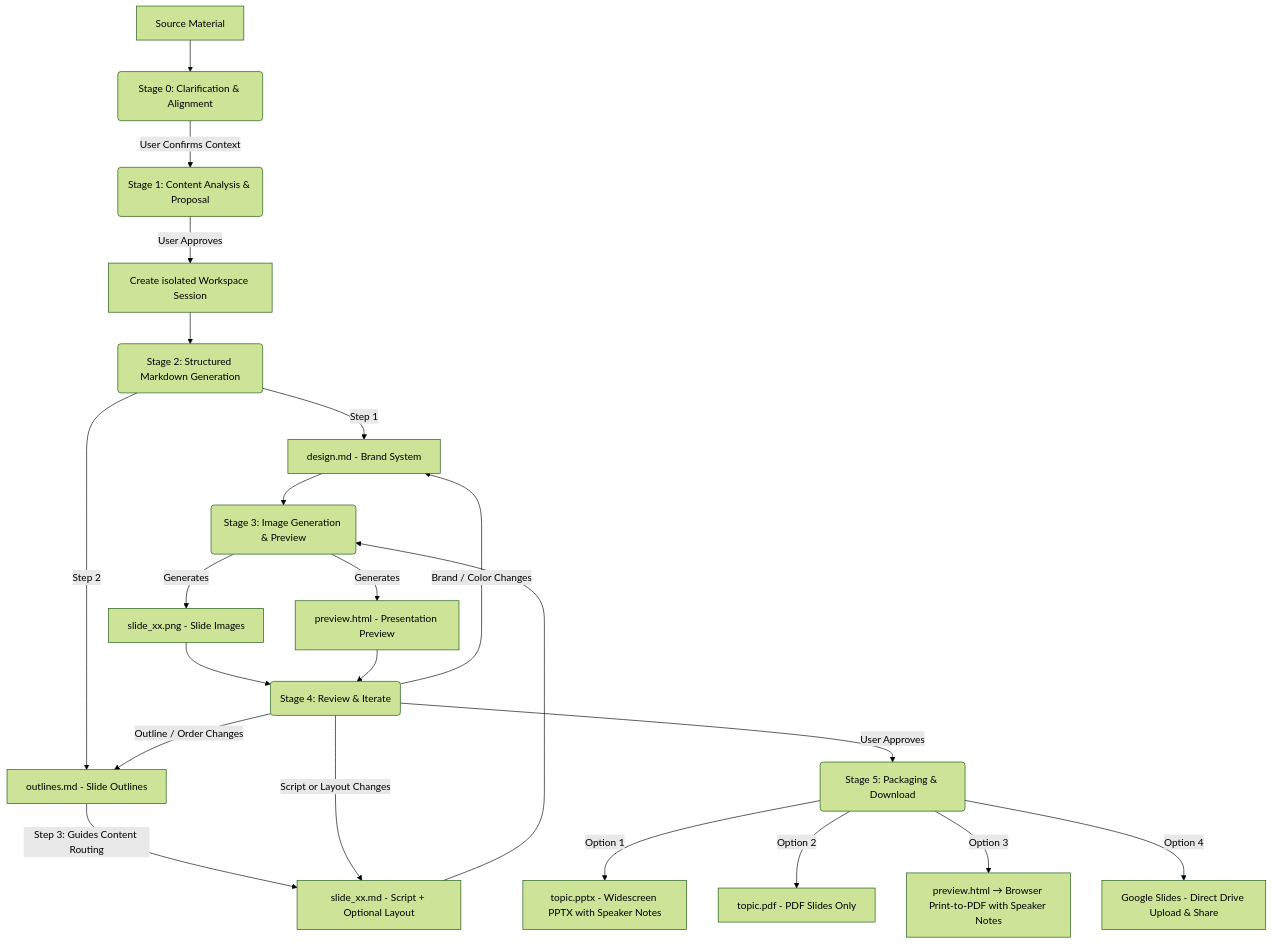
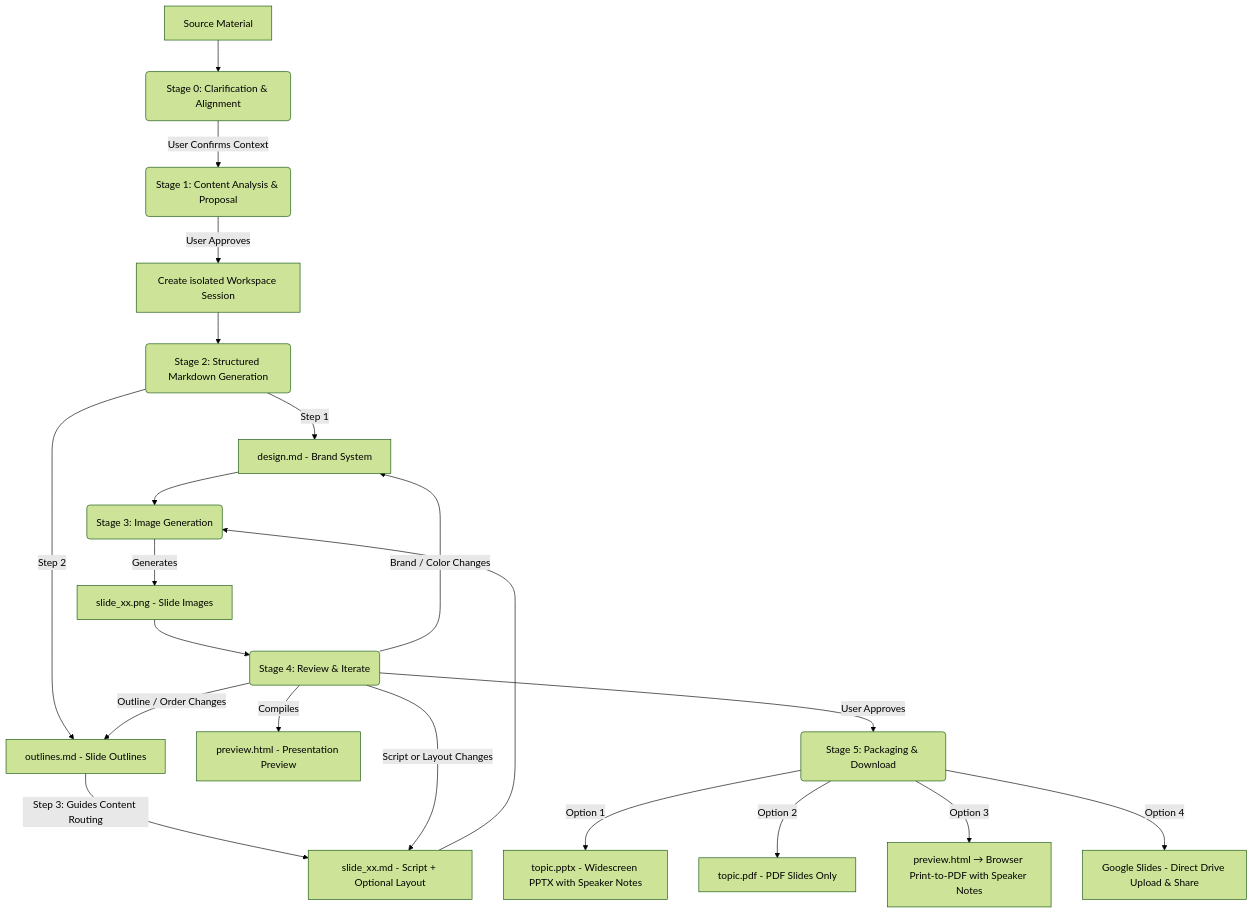
One commit to sylphlin/slide-gen-agent changed the diagram in README.md. Above: the diagram before and after it, drawn with Mermaid (forest theme). The commit also changed other lines of this file and 6 other files, not shown here.

Commit message:
refactor: move slide preview generation from Stage 3 to Stage 4 and refine Google Slides export instructions

````diff
--- a/README.md
+++ b/README.md
@@ -23,27 +23,26 @@
 ```mermaid
 graph TD
     A[Source Material] --> A0(Stage 0: Clarification & Alignment)
     A0 -->|User Confirms Context| B(Stage 1: Content Analysis & Proposal)
     B -->|User Approves| C[Create isolated Workspace Session]
     C --> D(Stage 2: Structured Markdown Generation)
 
     D -->|Step 1| E1[design.md - Brand System]
     D -->|Step 2| E2[outlines.md - Slide Outlines]
     E2 -->|Step 3: Guides Content Routing| E3[slide_xx.md - Script + Optional Layout]
 
-    E1 & E3 --> F(Stage 3: Image Generation & Preview)
+    E1 & E3 --> F(Stage 3: Image Generation)
     F -->|Generates| G1[slide_xx.png - Slide Images]
-    F -->|Generates| G2[preview.html - Presentation Preview]
-
-    G1 & G2 --> H(Stage 4: Review & Iterate)
+    G1 --> H(Stage 4: Review & Iterate)
+    H -->|Compiles| G2[preview.html - Presentation Preview]
 
     H -->|Script or Layout Changes| E3
     H -->|Outline / Order Changes| E2
     H -->|Brand / Color Changes| E1
 
     H -->|User Approves| I(Stage 5: Packaging & Download)
     I -->|Option 1| J[topic.pptx - Widescreen PPTX with Speaker Notes]
     I -->|Option 2| K[topic.pdf - PDF Slides Only]
     I -->|Option 3| L[preview.html → Browser Print-to-PDF with Speaker Notes]
     I -->|Option 4| M[Google Slides - Direct Drive Upload & Share]
 ```
````
